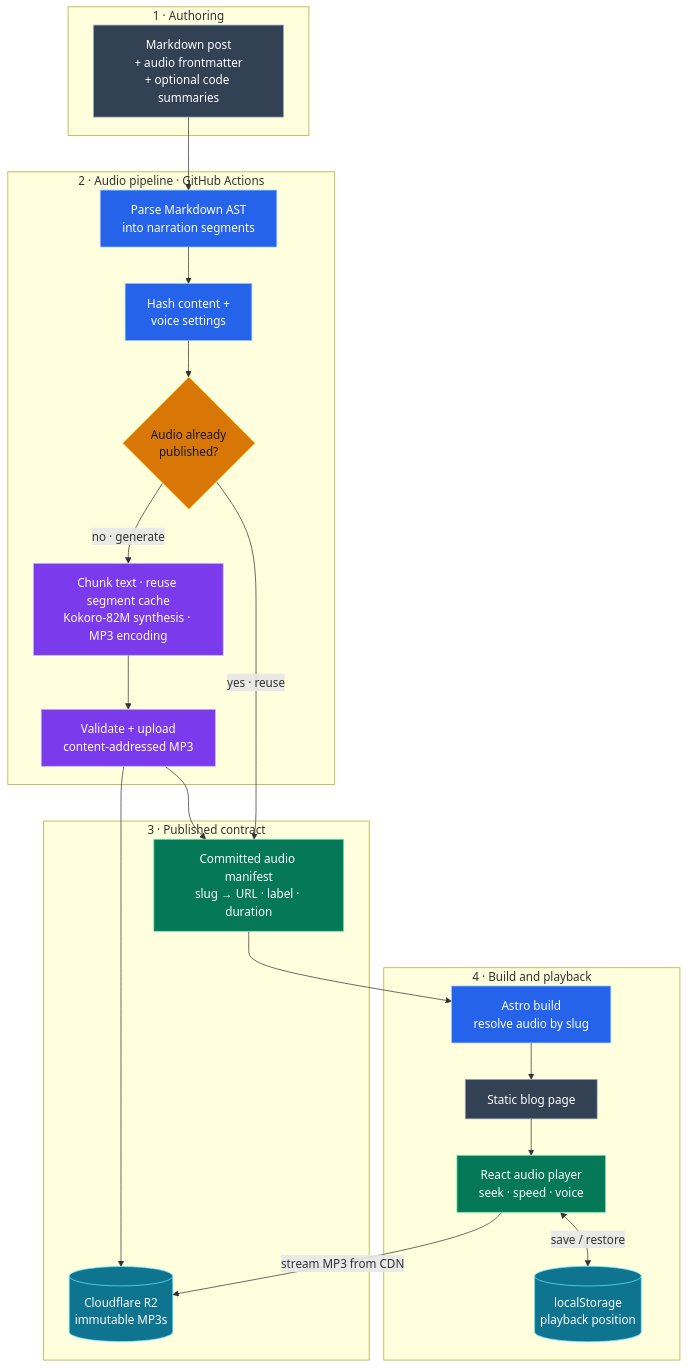
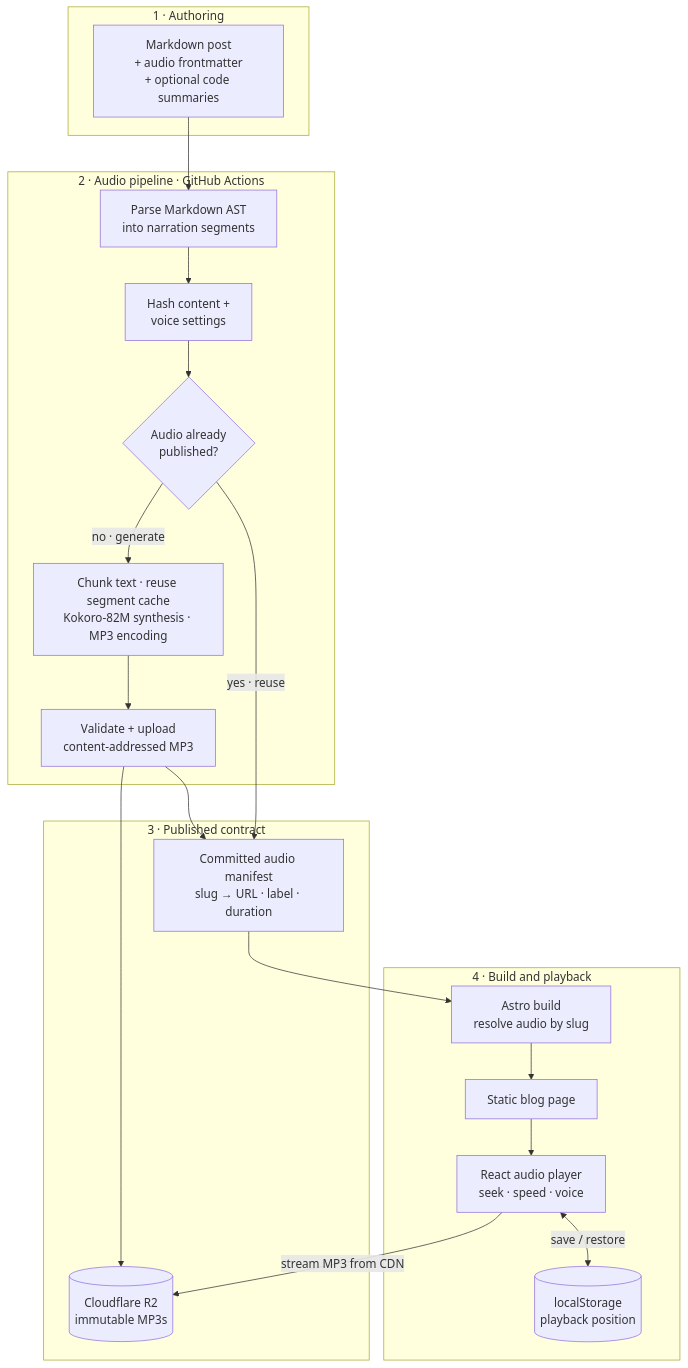
One commit to g-savitha/gsavitha.in changed the first of 7 diagrams in src/content/blog/blog-audio-player.md. Above: the diagram before and after it, drawn with Mermaid. The commit also changed other lines of this file and 5 other files, not shown here.

Commit message:
Mermaid: move every post colour into one PALETTE; posts use named classes only

````diff
--- a/src/content/blog/blog-audio-player.md
+++ b/src/content/blog/blog-audio-player.md
@@ -66,45 +66,38 @@
 ```mermaid
 flowchart TD
     subgraph Authoring["1 · Authoring"]
         INPUT["Markdown post\n+ audio frontmatter\n+ optional code summaries"]:::content
     end
 
     subgraph Build["2 · Audio pipeline · GitHub Actions"]
-        EXTRACT["Parse Markdown AST\ninto narration segments"]:::primary
-        HASH["Hash content +\nvoice settings"]:::primary
+        EXTRACT["Parse Markdown AST\ninto narration segments"]:::royal
+        HASH["Hash content +\nvoice settings"]:::royal
         CHANGED{"Audio already\npublished?"}:::decision
-        GENERATE["Chunk text · reuse segment cache\nKokoro-82M synthesis · MP3 encoding"]:::accent
-        UPLOAD["Validate + upload\ncontent-addressed MP3"]:::accent
+        GENERATE["Chunk text · reuse segment cache\nKokoro-82M synthesis · MP3 encoding"]:::violet
+        UPLOAD["Validate + upload\ncontent-addressed MP3"]:::violet
 
         EXTRACT --> HASH --> CHANGED
         CHANGED -->|"no · generate"| GENERATE --> UPLOAD
     end
 
     subgraph Contract["3 · Published contract"]
-        MANIFEST["Committed audio manifest\nslug → URL · label · duration"]:::success
+        MANIFEST["Committed audio manifest\nslug → URL · label · duration"]:::emerald
         R2[("Cloudflare R2\nimmutable MP3s")]:::storage
         UPLOAD --> R2
         UPLOAD --> MANIFEST
         CHANGED -->|"yes · reuse"| MANIFEST
     end
 
     subgraph Delivery["4 · Build and playback"]
-        ASTRO["Astro build\nresolve audio by slug"]:::primary
+        ASTRO["Astro build\nresolve audio by slug"]:::royal
         PAGE["Static blog page"]:::content
-        PLAYER["React audio player\nseek · speed · voice"]:::success
+        PLAYER["React audio player\nseek · speed · voice"]:::emerald
         PROGRESS[("localStorage\nplayback position")]:::storage
 
         MANIFEST --> ASTRO --> PAGE --> PLAYER
         PLAYER <-->|"save / restore"| PROGRESS
     end
 
     INPUT --> EXTRACT
     PLAYER -->|"stream MP3 from CDN"| R2
-
-    classDef primary fill:#2563eb,stroke:#93c5fd,color:#ffffff
-    classDef accent fill:#7c3aed,stroke:#c4b5fd,color:#ffffff
-    classDef success fill:#047857,stroke:#6ee7b7,color:#ffffff
-    classDef decision fill:#d97706,stroke:#fcd34d,color:#111827
-    classDef storage fill:#0e7490,stroke:#67e8f9,color:#ffffff
-    classDef content fill:#334155,stroke:#94a3b8,color:#ffffff
 ```
````
